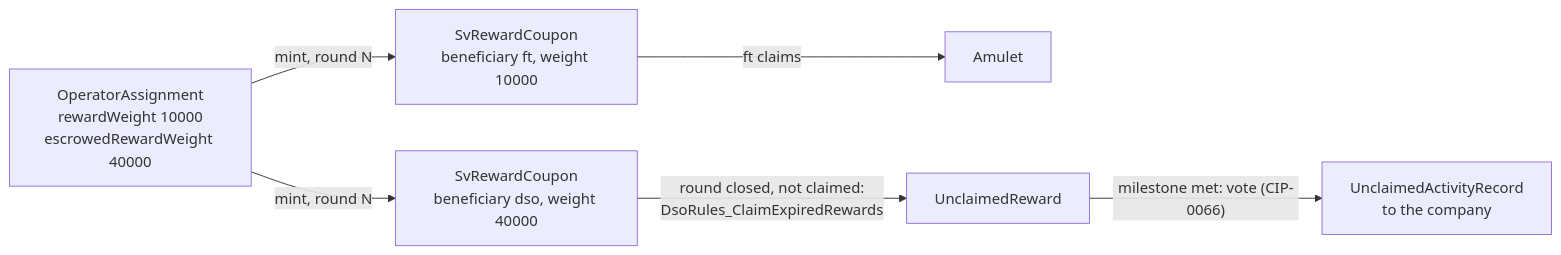
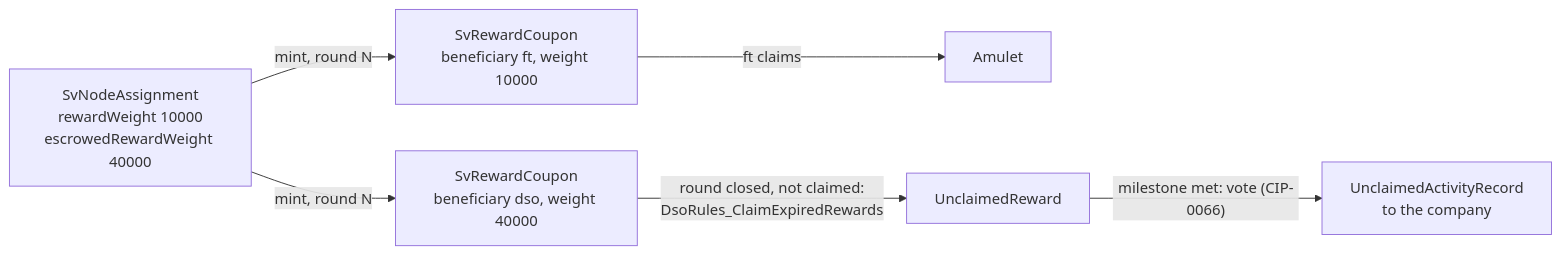
The second of 2 diagrams in SV_RIGHTS_OWNERS_POC.md (canton-network/splice), drawn with Mermaid before and after one commit. The commit also changed other lines of this file and 2 other files, not shown here.

````diff
--- a/SV_RIGHTS_OWNERS_POC.md
+++ b/SV_RIGHTS_OWNERS_POC.md
@@ -192,8 +192,8 @@
 ```mermaid
 flowchart LR
-    A["OperatorAssignment<br/>rewardWeight 10000<br/>escrowedRewardWeight 40000"] -->|"mint, round N"| C1["SvRewardCoupon<br/>beneficiary ft, weight 10000"]
+    A["SvNodeAssignment<br/>rewardWeight 10000<br/>escrowedRewardWeight 40000"] -->|"mint, round N"| C1["SvRewardCoupon<br/>beneficiary ft, weight 10000"]
     A -->|"mint, round N"| C2["SvRewardCoupon<br/>beneficiary dso, weight 40000"]
     C1 -->|"ft claims"| CC["Amulet"]
     C2 -->|"round closed, not claimed:<br/>DsoRules_ClaimExpiredRewards"| U["UnclaimedReward"]
     U -->|"milestone met: vote (CIP-0066)"| R["UnclaimedActivityRecord<br/>to the company"]
 ```
````
